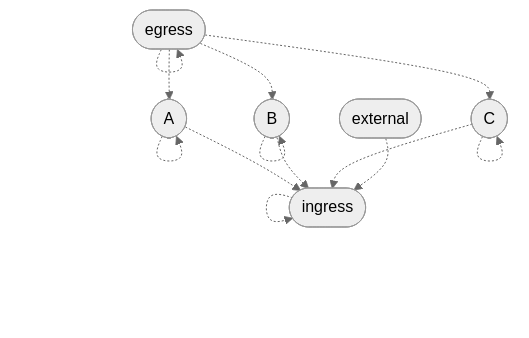
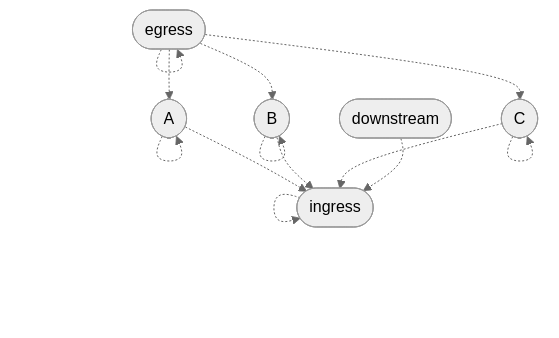
Before and after one commit to stepchowfun/proofs: diagram 21 of 25 in proofs/AdmissibilityGraph/README.md, drawn with Mermaid (neutral theme). The commit also changed other lines of this file, not shown here.

Commit message:
Wordsmith the admissibility graph README

````diff
--- a/proofs/AdmissibilityGraph/README.md
+++ b/proofs/AdmissibilityGraph/README.md
@@ -413,22 +413,22 @@
 ```mermaid
 flowchart TD
   e([egress])
   i([ingress])
   a([A])
   b([B])
   c([C])
-  z([external])
+  down([downstream])
 
   e -.-> e
   i -.-> i
   a -.-> a
   b -.-> b
   c -.-> c
   e -.-> a
   e -.-> b
   e -.-> c
   a -.-> i
   b -.-> i
   c -.-> i
-  z -.-> i
+  down -.-> i
 ```
````
